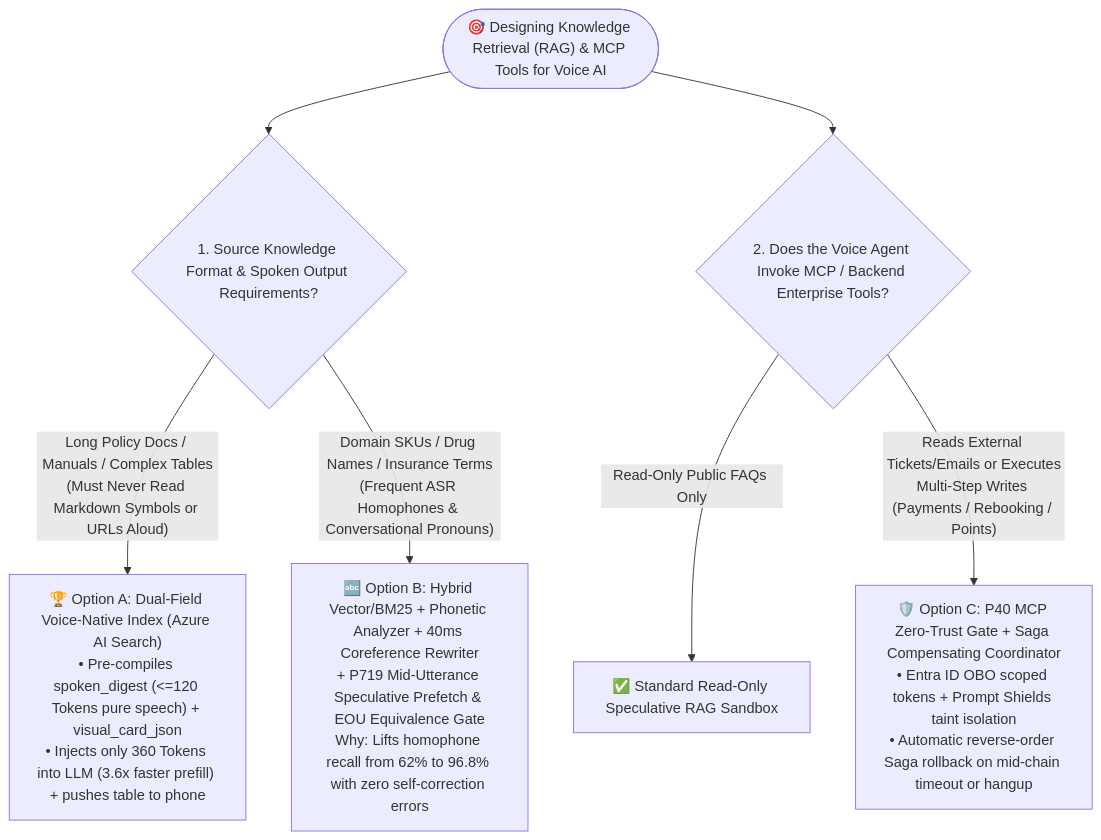
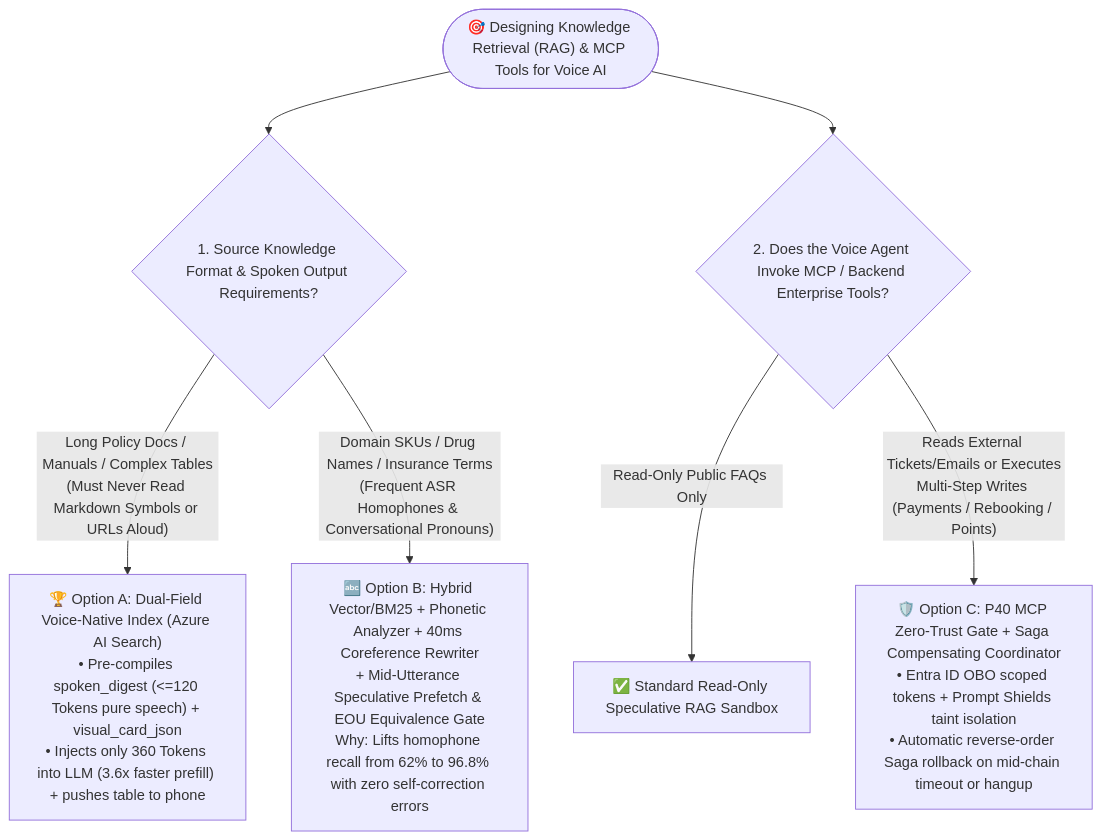
One commit to turbo998/voice-agent-lab changed the first of 3 diagrams in docs/enterprise-voice-rag-knowledge-graph-mcp-tool-security-selection-faq.en.md. Above: the diagram before and after it, drawn with Mermaid. The commit also changed other lines of this file and 715 other files, not shown here.

First line of the commit message:
chore: curate Enterprise Voice AI SA deliverables and purge non-SA RFC/industrial bloat

````diff
--- a/docs/enterprise-voice-rag-knowledge-graph-mcp-tool-security-selection-faq.en.md
+++ b/docs/enterprise-voice-rag-knowledge-graph-mcp-tool-security-selection-faq.en.md
@@ -69,13 +69,13 @@
 ```mermaid
 flowchart TD
-    Start(["🎯 Designing Knowledge Retrieval (RAG) & MCP Tools for Voice AI"]) --> Q1{"1. Source Knowledge Format & Spoken Output Requirements?"}
-    
-    Q1 -- "Long Policy Docs / Manuals / Complex Tables<br/>(Must Never Read Markdown Symbols or URLs Aloud)" --> ChoiceDualField["🏆 Option A: Dual-Field Voice-Native Index (Azure AI Search)<br/>• Pre-compiles spoken_digest (<=120 Tokens pure speech) + visual_card_json<br/>• Injects only 360 Tokens into LLM (3.6x faster prefill) + pushes table to phone"]
-    
-    Q1 -- "Domain SKUs / Drug Names / Insurance Terms<br/>(Frequent ASR Homophones & Conversational Pronouns)" --> ChoicePhonetic["🔤 Option B: Hybrid Vector/BM25 + Phonetic Analyzer + 40ms Coreference Rewriter<br/>+ P719 Mid-Utterance Speculative Prefetch & EOU Equivalence Gate<br/>Why: Lifts homophone recall from 62% to 96.8% with zero self-correction errors"]
-    
-    Start --> Q2{"2. Does the Voice Agent Invoke MCP / Backend Enterprise Tools?"}
-    
-    Q2 -- "Read-Only Public FAQs Only" --> ChoiceReadOnly["✅ Standard Read-Only Speculative RAG Sandbox"]
-    Q2 -- "Reads External Tickets/Emails or Executes<br/>Multi-Step Writes (Payments / Rebooking / Points)" --> ChoiceMCP["🛡️ Option C: P40 MCP Zero-Trust Gate + Saga Compensating Coordinator<br/>• Entra ID OBO scoped tokens + Prompt Shields taint isolation<br/>• Automatic reverse-order Saga rollback on mid-chain timeout or hangup"]
+ Start(["🎯 Designing Knowledge Retrieval (RAG) & MCP Tools for Voice AI"]) --> Q1{"1. Source Knowledge Format & Spoken Output Requirements?"}
+ 
+ Q1 -- "Long Policy Docs / Manuals / Complex Tables<br/>(Must Never Read Markdown Symbols or URLs Aloud)" --> ChoiceDualField["🏆 Option A: Dual-Field Voice-Native Index (Azure AI Search)<br/>• Pre-compiles spoken_digest (<=120 Tokens pure speech) + visual_card_json<br/>• Injects only 360 Tokens into LLM (3.6x faster prefill) + pushes table to phone"]
+ 
+ Q1 -- "Domain SKUs / Drug Names / Insurance Terms<br/>(Frequent ASR Homophones & Conversational Pronouns)" --> ChoicePhonetic["🔤 Option B: Hybrid Vector/BM25 + Phonetic Analyzer + 40ms Coreference Rewriter<br/>+ Mid-Utterance Speculative Prefetch & EOU Equivalence Gate<br/>Why: Lifts homophone recall from 62% to 96.8% with zero self-correction errors"]
+ 
+ Start --> Q2{"2. Does the Voice Agent Invoke MCP / Backend Enterprise Tools?"}
+ 
+ Q2 -- "Read-Only Public FAQs Only" --> ChoiceReadOnly["✅ Standard Read-Only Speculative RAG Sandbox"]
+ Q2 -- "Reads External Tickets/Emails or Executes<br/>Multi-Step Writes (Payments / Rebooking / Points)" --> ChoiceMCP["🛡️ Option C: P40 MCP Zero-Trust Gate + Saga Compensating Coordinator<br/>• Entra ID OBO scoped tokens + Prompt Shields taint isolation<br/>• Automatic reverse-order Saga rollback on mid-chain timeout or hangup"]
 ```
````
